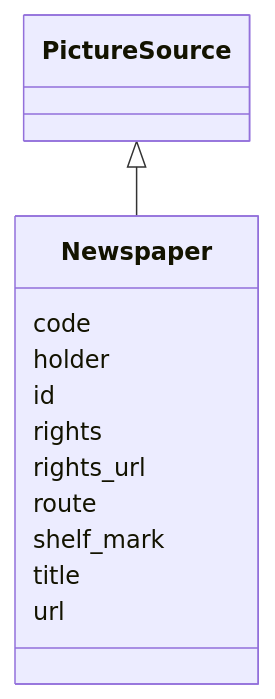
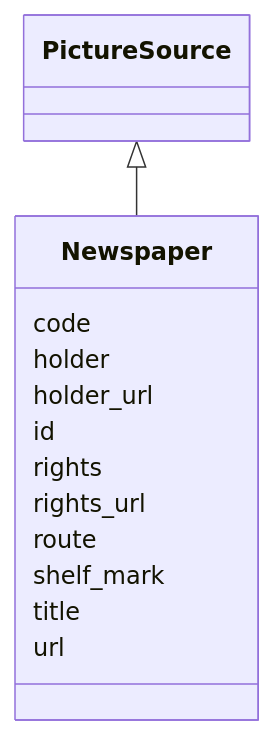
One commit to dsmedia/pruzhany-schema changed the diagram in linkml/generated/docs/editions/Newspaper.md. Above: the diagram before and after it, drawn with Mermaid. The commit also changed other lines of this file and 33 other files, not shown here.

First line of the commit message:
Add optional holder_url to shared picture credits

````diff
--- a/linkml/generated/docs/editions/Newspaper.md
+++ b/linkml/generated/docs/editions/Newspaper.md
@@ -23,27 +23,29 @@
 ```mermaid
  classDiagram
     class Newspaper
     click Newspaper href "../Newspaper/"
       PictureSource <|-- Newspaper
         click PictureSource href "../PictureSource/"
       
       Newspaper : code
         
       Newspaper : holder
+        
+      Newspaper : holder_url
         
       Newspaper : id
         
       Newspaper : rights
         
       Newspaper : rights_url
         
       Newspaper : route
         
       Newspaper : shelf_mark
         
       Newspaper : title
         
       Newspaper : url
         
       
 ```
````
